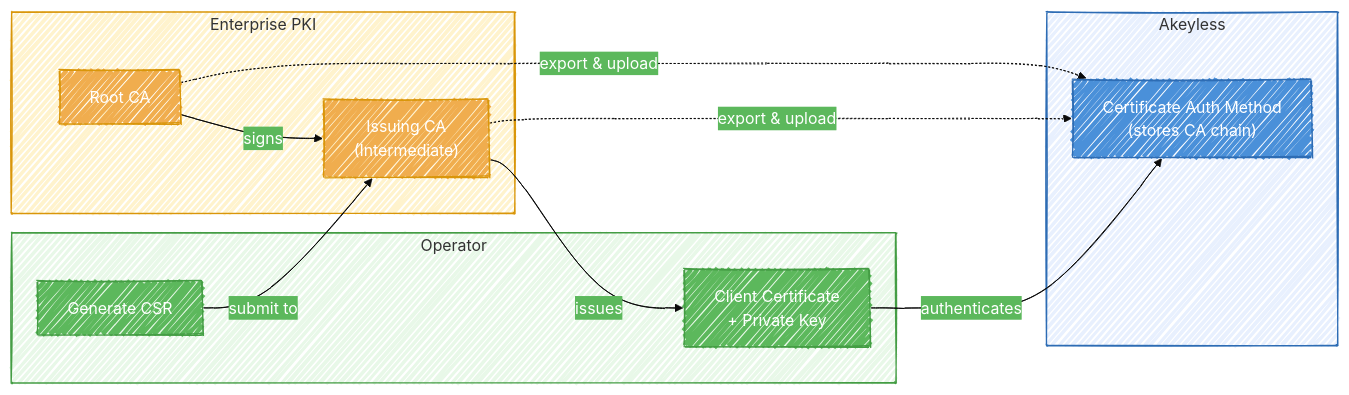
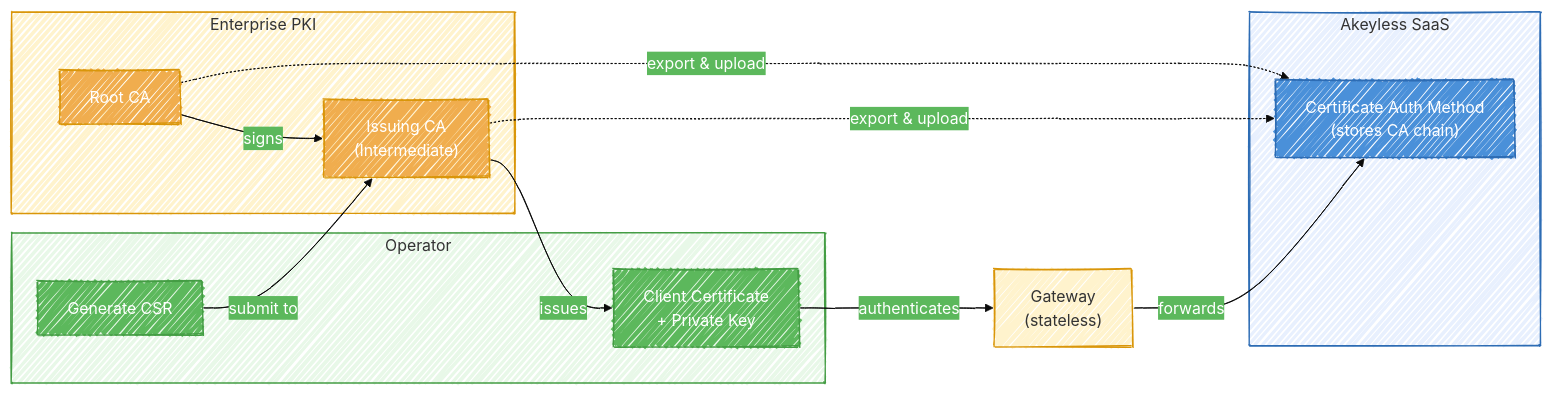
Before and after one commit to Fahmy-Kadiri-akl/akeyless-certificate-auth: the fifth of 6 diagrams in README.md, drawn with Mermaid. The commit also changed other lines of this file, not shown here.

Commit message:
Add Gateway to Option A and Option B architecture diagrams

````diff
--- a/README.md
+++ b/README.md
@@ -356,47 +360,51 @@
 ```mermaid
 ---
 config:
   look: handDrawn
   theme: base
   themeVariables:
     primaryColor: "#4A90D9"
     primaryTextColor: "#fff"
     primaryBorderColor: "#2D6CB4"
     secondaryColor: "#5CB85C"
     secondaryTextColor: "#fff"
     secondaryBorderColor: "#449D44"
     tertiaryColor: "#F0AD4E"
     tertiaryTextColor: "#fff"
     tertiaryBorderColor: "#D9960A"
 ---
 graph LR
     subgraph EntCA["Enterprise PKI"]
         ROOT["Root CA"]
         INT["Issuing CA<br/>(Intermediate)"]
     end
 
-    subgraph AKL["Akeyless"]
+    subgraph AKL["Akeyless SaaS"]
         AUTH["Certificate Auth Method<br/>(stores CA chain)"]
     end
+
+    GW["Gateway<br/>(stateless)"]
 
     subgraph Operator["Operator"]
         CSR["Generate CSR"]
         CLIENT["Client Certificate<br/>+ Private Key"]
     end
 
     ROOT -->|signs| INT
     CSR -->|submit to| INT
     INT -->|issues| CLIENT
     ROOT -.->|export & upload| AUTH
     INT -.->|export & upload| AUTH
-    CLIENT -->|authenticates| AUTH
+    CLIENT -->|authenticates| GW
+    GW -->|forwards| AUTH
 
     style EntCA fill:#FFF3CD,stroke:#D9960A,color:#333
     style ROOT fill:#F0AD4E,stroke:#D9960A,color:#fff
     style INT fill:#F0AD4E,stroke:#D9960A,color:#fff
     style AKL fill:#E8F0FE,stroke:#2D6CB4,color:#333
     style AUTH fill:#4A90D9,stroke:#2D6CB4,color:#fff
+    style GW fill:#FFF3CD,stroke:#D9960A,color:#333
     style Operator fill:#E8F8E8,stroke:#449D44,color:#333
     style CSR fill:#5CB85C,stroke:#449D44,color:#fff
     style CLIENT fill:#5CB85C,stroke:#449D44,color:#fff
 ```
````
